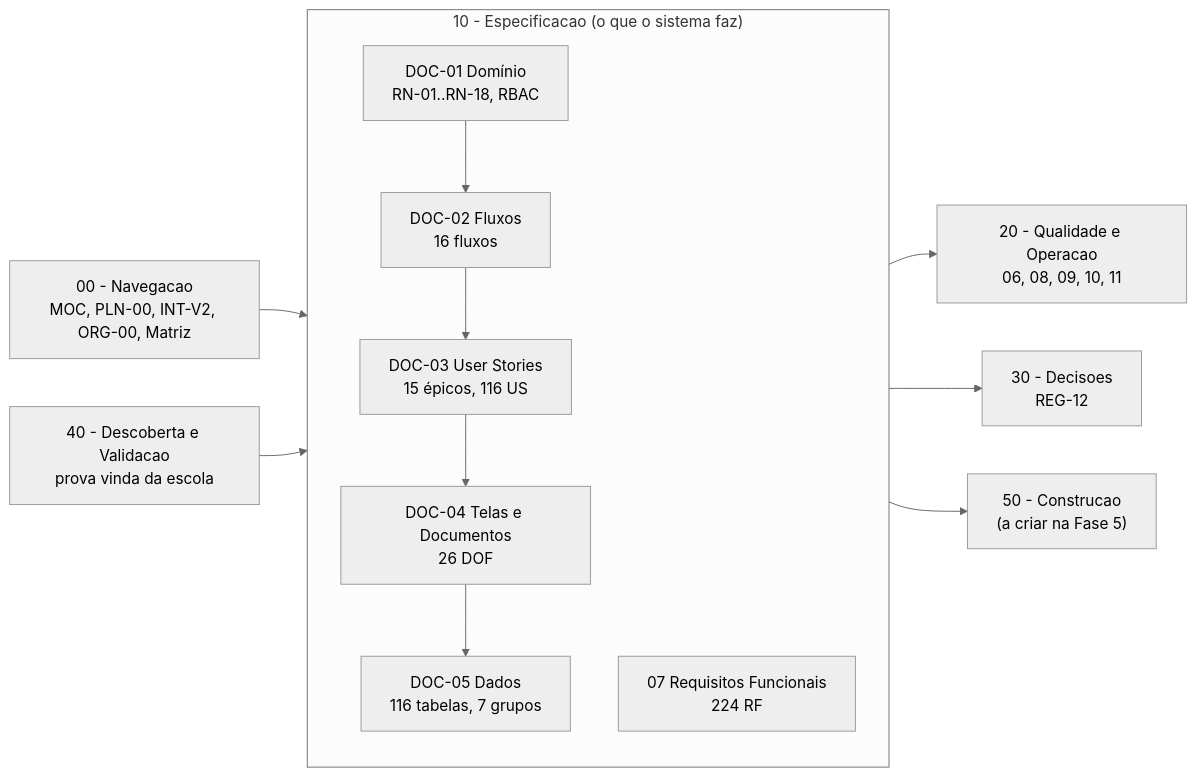
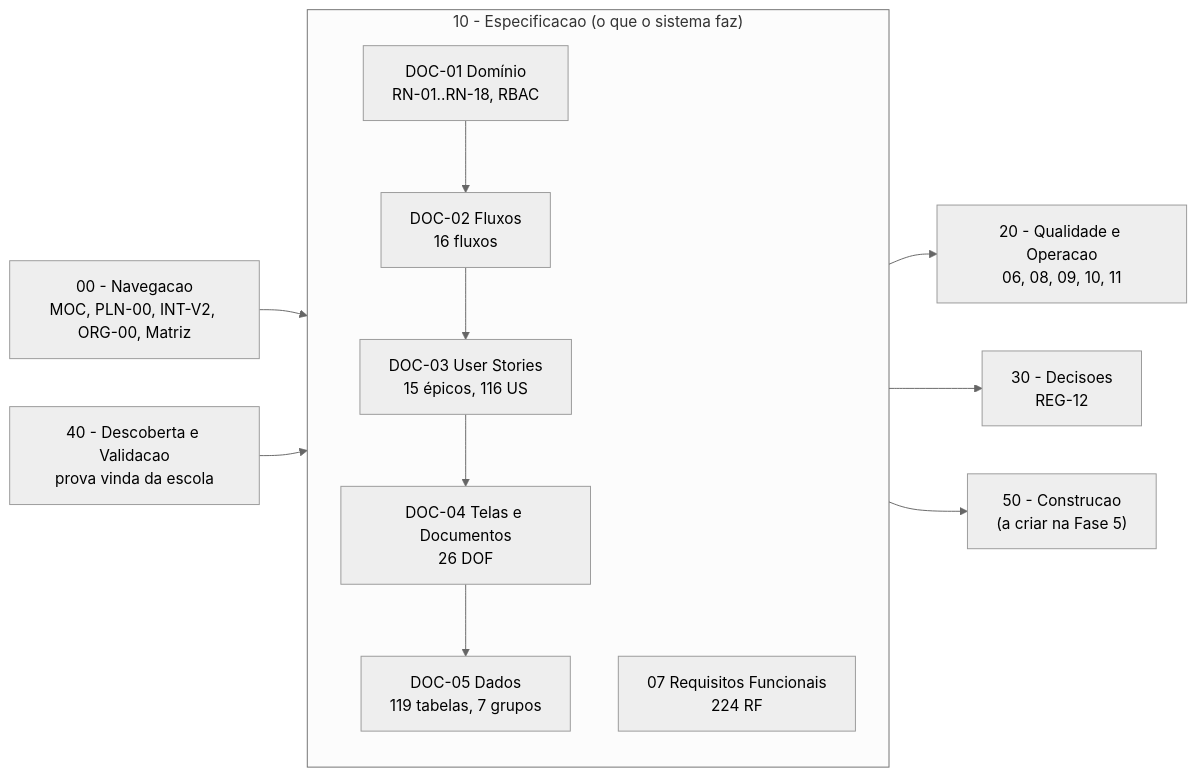
The diagram in 01 - Projetos/SGE - IPCAG 12008 BGO/00 - Navegacao/00 - MOC SGE IPCAG 12008 BGO.md (Angeloaqp/sge-ipcag-12008), drawn with Mermaid (neutral theme) before and after one commit. The commit also changed other lines of this file and 10 other files, not shown here.

````diff
--- a/01 - Projetos/SGE - IPCAG 12008 BGO/00 - Navegacao/00 - MOC SGE IPCAG 12008 BGO.md
+++ b/01 - Projetos/SGE - IPCAG 12008 BGO/00 - Navegacao/00 - MOC SGE IPCAG 12008 BGO.md
@@ -51,15 +51,15 @@
 ```mermaid
 flowchart LR
     MOC["00 - Navegacao<br>MOC, PLN-00, INT-V2, ORG-00, Matriz"] --> ESP
     subgraph ESP["10 - Especificacao (o que o sistema faz)"]
         D1["DOC-01 Domínio<br>RN-01..RN-18, RBAC"] --> D2["DOC-02 Fluxos<br>16 fluxos"]
         D2 --> D3["DOC-03 User Stories<br>15 épicos, 116 US"]
         D3 --> D4["DOC-04 Telas e Documentos<br>26 DOF"]
-        D4 --> D5["DOC-05 Dados<br>116 tabelas, 7 grupos"]
+        D4 --> D5["DOC-05 Dados<br>119 tabelas, 7 grupos"]
         RF["07 Requisitos Funcionais<br>224 RF"]
     end
     ESP --> QO["20 - Qualidade e Operacao<br>06, 08, 09, 10, 11"]
     ESP --> DEC["30 - Decisoes<br>REG-12"]
     DESC["40 - Descoberta e Validacao<br>prova vinda da escola"] --> ESP
     ESP --> CON["50 - Construcao<br>(a criar na Fase 5)"]
 ```
````
